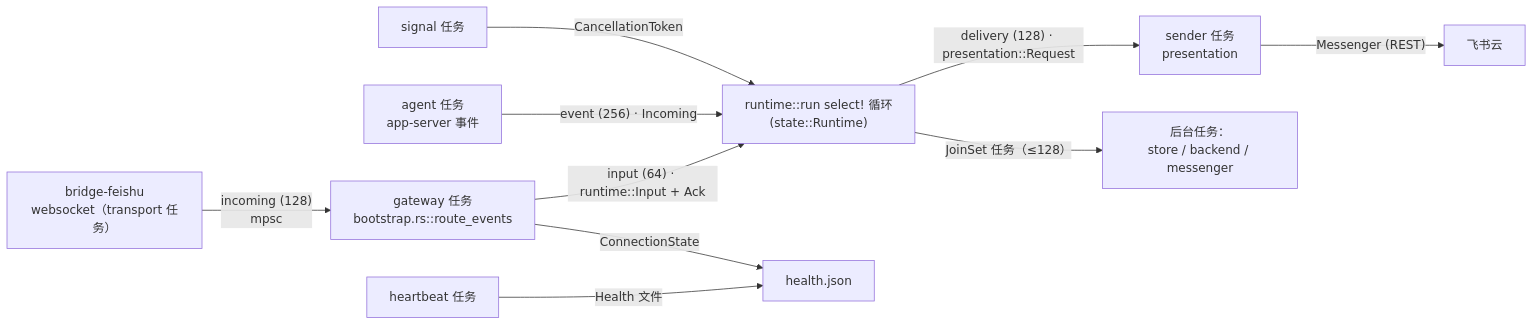
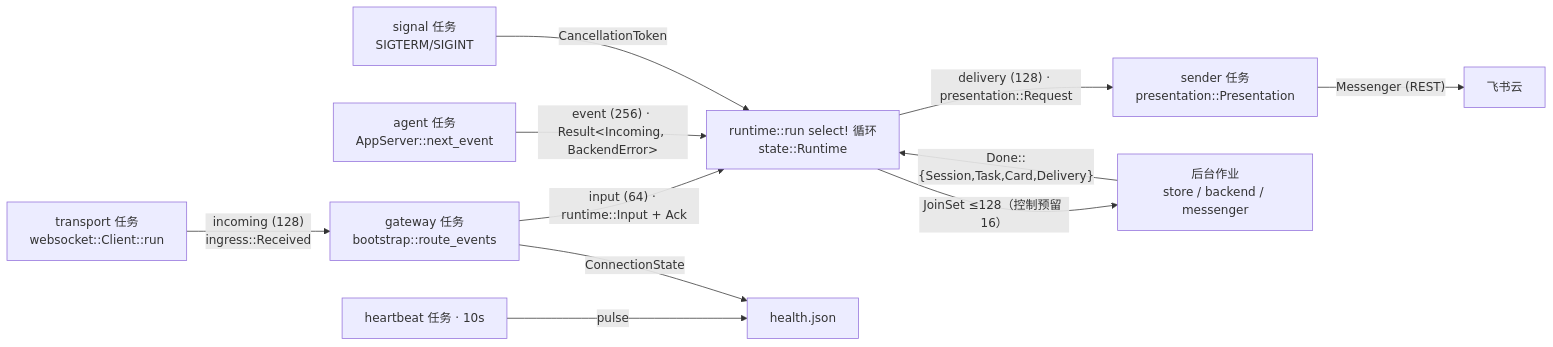
The fifth of 6 diagrams in docs/architecture.md (helloangus/feishu-codex-bridge), drawn with Mermaid before and after one commit. The commit also changed other lines of this file and 16 other files, not shown here.

````diff
--- a/docs/architecture.md
+++ b/docs/architecture.md
@@ -61,12 +165,13 @@
 ```mermaid
 flowchart LR
-    WS["bridge-feishu<br/>websocket（transport 任务）"] -->|"incoming (128)<br/>mpsc"| GW["gateway 任务<br/>bootstrap.rs::route_events"]
+    WS["transport 任务<br/>websocket::Client::run"] -->|"incoming (128)<br/>ingress::Received"| GW["gateway 任务<br/>bootstrap::route_events"]
     GW -->|"input (64) · runtime::Input + Ack"| LOOP
-    AG["agent 任务<br/>app-server 事件"] -->|"event (256) · Incoming"| LOOP["runtime::run select! 循环<br/>(state::Runtime)"]
-    LOOP -->|"delivery (128) · presentation::Request"| SN["sender 任务<br/>presentation"]
+    AG["agent 任务<br/>AppServer::next_event"] -->|"event (256) · Result&lt;Incoming, BackendError&gt;"| LOOP["runtime::run select! 循环<br/>state::Runtime"]
+    LOOP -->|"delivery (128) · presentation::Request"| SN["sender 任务<br/>presentation::Presentation"]
     SN -->|"Messenger (REST)"| FS["飞书云"]
-    LOOP -->|"JoinSet 任务（≤128）"| JB["后台任务：<br/>store / backend / messenger"]
-    HB["heartbeat 任务"] -->|"Health 文件"| HF["health.json"]
-    SIG["signal 任务"] -->|CancellationToken| LOOP
-    GW -->|ConnectionState| HF
+    LOOP -->|"JoinSet ≤128（控制预留 16）"| JB["后台作业<br/>store / backend / messenger"]
+    JB -->|"Done::{Session,Task,Card,Delivery}"| LOOP
+    HB["heartbeat 任务 · 10s"] -->|"pulse"| HF["health.json"]
+    GW -->|"ConnectionState"| HF
+    SIG["signal 任务<br/>SIGTERM/SIGINT"] -->|CancellationToken| LOOP
 ```
````
